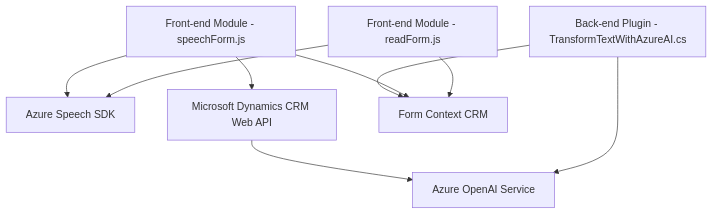
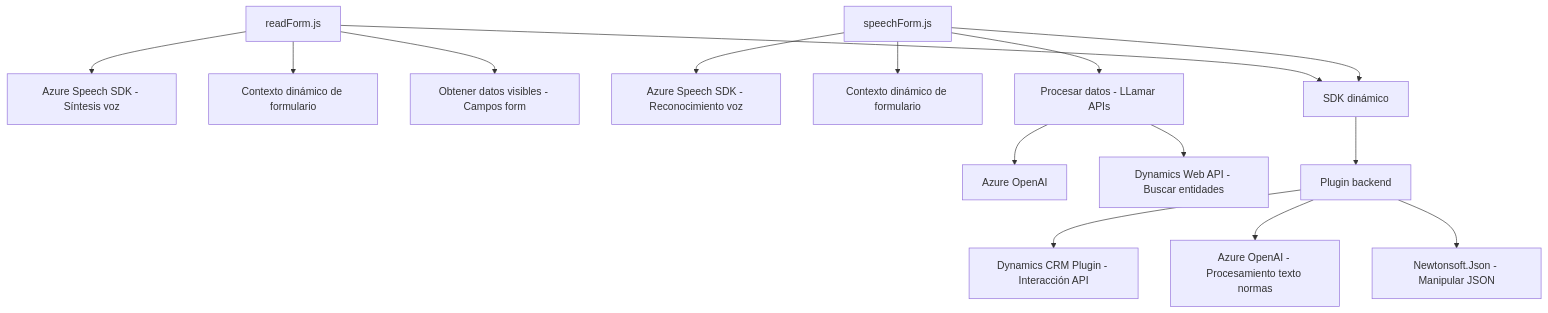
The diagram in README.md (blopezdm/NETCORE_BILBAO2025), drawn with Mermaid before and after one commit. The commit also changed other lines of this file, not shown here.

````diff
--- a/README.md
+++ b/README.md
@@ -35,19 +27,20 @@
 ```mermaid
 graph TD
-    A["Front-end Module - readForm.js"]
-    B["Front-end Module - speechForm.js"]
-    C["Azure Speech SDK"]
-    D["Microsoft Dynamics CRM Web API"]
-    E["Back-end Plugin - TransformTextWithAzureAI.cs"]
-    F["Azure OpenAI Service"]
-    G["Form Context CRM"]
+    A["readForm.js"] --> B["Azure Speech SDK - Síntesis voz"]
+    A --> C["Contexto dinámico de formulario"]
+    A --> D["Obtener datos visibles - Campos form"]
 
-    A --> C
-    B --> C
-    B --> D
-    A --> G
-    B --> G
-    E --> F
-    E --> G
-    D --> F
+    E["speechForm.js"] --> F["Azure Speech SDK - Reconocimiento voz"]
+    E --> G["Contexto dinámico de formulario"]
+    E --> H["Procesar datos - LLamar APIs"]
+    H --> I["Azure OpenAI"]
+    H --> J["Dynamics Web API - Buscar entidades"]
+
+    K["TransformTextWithAzureAI.cs"] --> L["Dynamics CRM Plugin - Interacción API"]
+    K --> M["Azure OpenAI - Procesamiento texto normas"]
+    K --> N["Newtonsoft.Json - Manipular JSON"]
+
+    A --> O["SDK dinámico"]
+    E --> O["SDK dinámico"]
+    O --> K["Plugin backend"]
 ```
````
